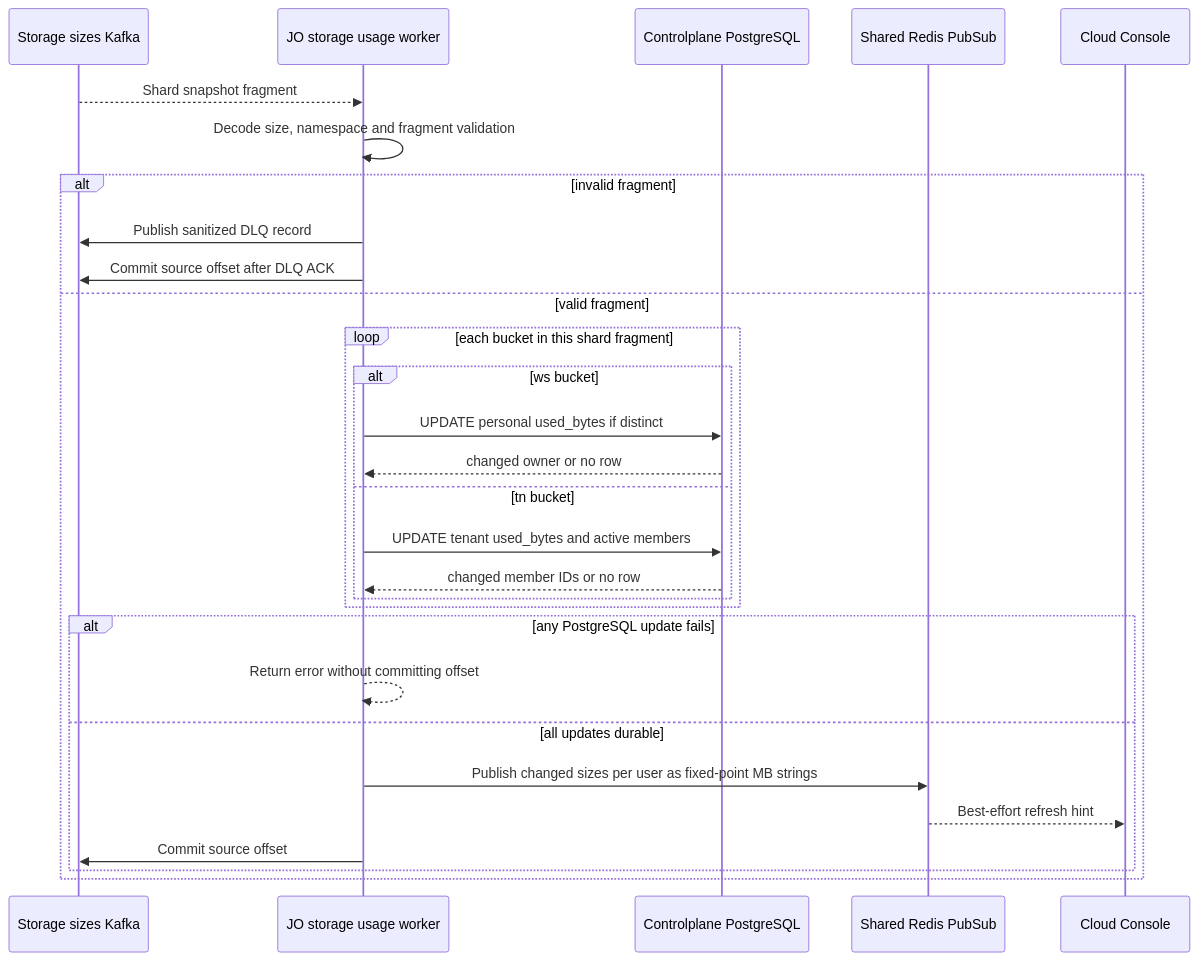
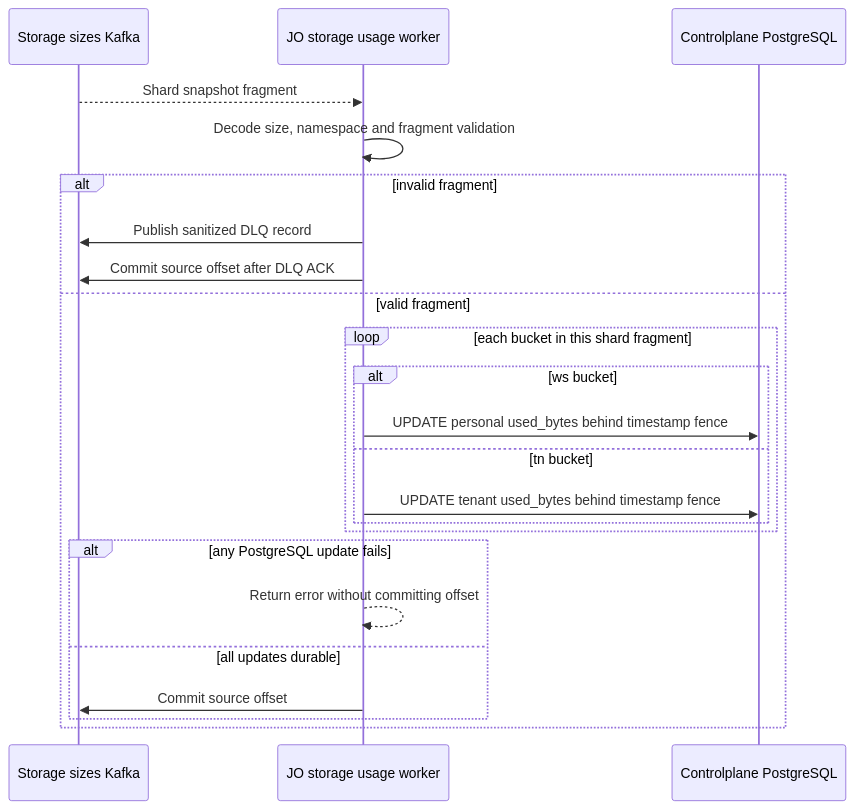
One commit to phucle996/aurora changed the second of 3 diagrams in god_view/storage/storage_bucket_usage_projection_god_view_workflow.md. Above: the diagram before and after it, drawn with Mermaid. The commit also changed other lines of this file and 94 other files, not shown here.

````diff
--- a/god_view/storage/storage_bucket_usage_projection_god_view_workflow.md
+++ b/god_view/storage/storage_bucket_usage_projection_god_view_workflow.md
@@ -97,32 +109,26 @@
 ```mermaid
 sequenceDiagram
     participant K as Storage sizes Kafka
     participant JO as JO storage usage worker
     participant PG as Controlplane PostgreSQL
-    participant R as Shared Redis PubSub
-    participant U as Cloud Console
 
     K-->>JO: Shard snapshot fragment
     JO->>JO: Decode size, namespace and fragment validation
     alt invalid fragment
         JO->>K: Publish sanitized DLQ record
         JO->>K: Commit source offset after DLQ ACK
     else valid fragment
         loop each bucket in this shard fragment
             alt ws bucket
-                JO->>PG: UPDATE personal used_bytes if distinct
-                PG-->>JO: changed owner or no row
+                JO->>PG: UPDATE personal used_bytes behind timestamp fence
             else tn bucket
-                JO->>PG: UPDATE tenant used_bytes and active members
-                PG-->>JO: changed member IDs or no row
+                JO->>PG: UPDATE tenant used_bytes behind timestamp fence
             end
         end
         alt any PostgreSQL update fails
             JO-->>JO: Return error without committing offset
         else all updates durable
-            JO->>R: Publish changed sizes per user as fixed-point MB strings
-            R-->>U: Best-effort refresh hint
             JO->>K: Commit source offset
         end
     end
 ```
````
